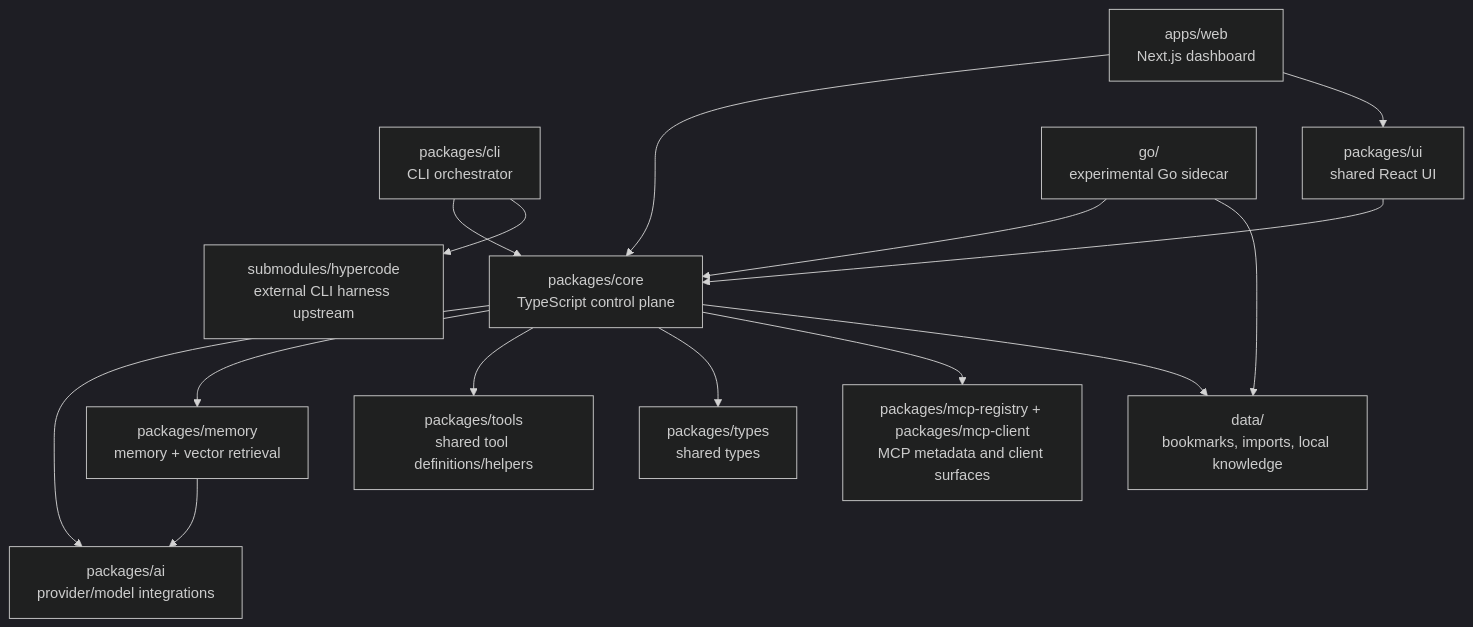
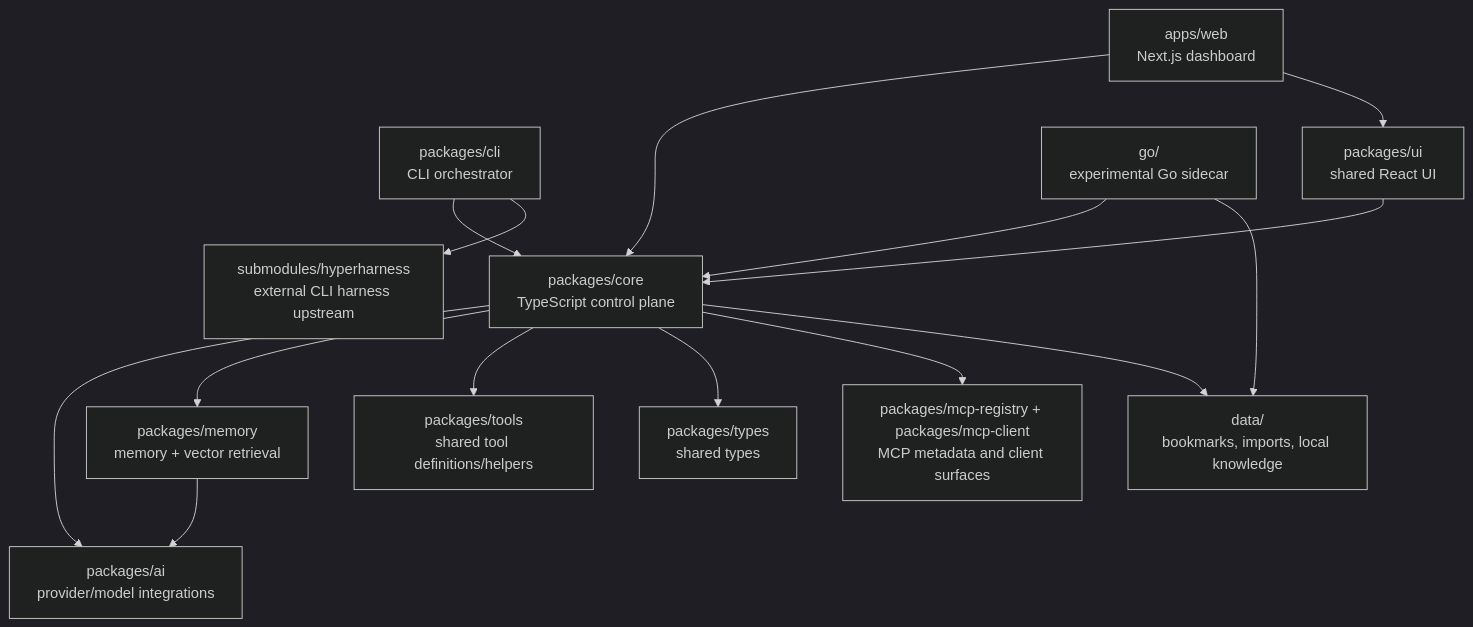
Before and after one commit to robertpelloni/hyperharness: the first of 7 diagrams in docs/PROJECT_STRUCTURE.md, drawn with Mermaid (dark theme). The commit also changed other lines of this file and 9 other files, not shown here.

Commit message:
chore: rename submodules/hypercode to submodules/hyperharness and update all references

````diff
--- a/docs/PROJECT_STRUCTURE.md
+++ b/docs/PROJECT_STRUCTURE.md
@@ -64,30 +64,30 @@
 ```mermaid
 flowchart TD
     CLI["packages/cli\nCLI orchestrator"]
     WEB["apps/web\nNext.js dashboard"]
     UI["packages/ui\nshared React UI"]
     CORE["packages/core\nTypeScript control plane"]
     AI["packages/ai\nprovider/model integrations"]
     MEMORY["packages/memory\nmemory + vector retrieval"]
     TOOLS["packages/tools\nshared tool definitions/helpers"]
     TYPES["packages/types\nshared types"]
     MCP["packages/mcp-registry + packages/mcp-client\nMCP metadata and client surfaces"]
     GO["go/\nexperimental Go sidecar"]
-    SUB["submodules/hypercode\nexternal CLI harness upstream"]
+    SUB["submodules/hyperharness\nexternal CLI harness upstream"]
     DATA["data/\nbookmarks, imports, local knowledge"]
 
     CLI --> CORE
     WEB --> CORE
     WEB --> UI
     UI --> CORE
     CORE --> AI
     CORE --> MEMORY
     CORE --> TOOLS
     CORE --> TYPES
     CORE --> MCP
     MEMORY --> AI
     GO --> CORE
     CLI --> SUB
     CORE --> DATA
     GO --> DATA
 ```
````
